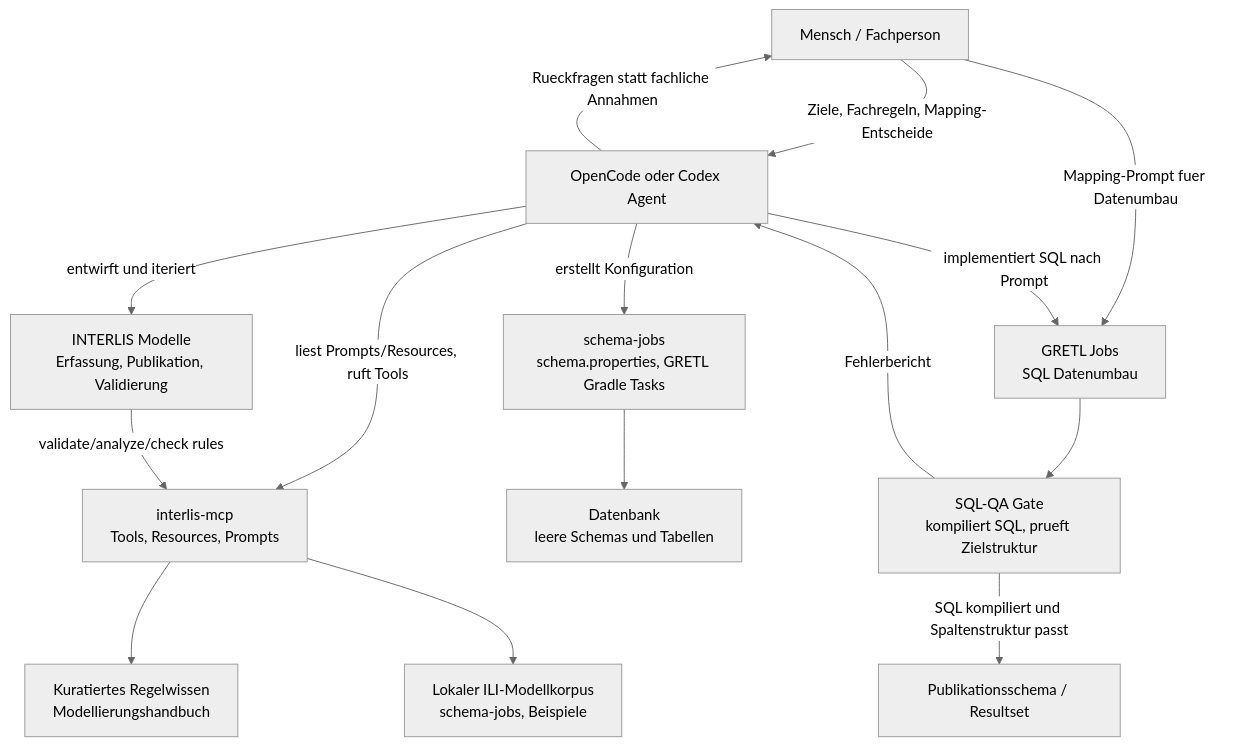
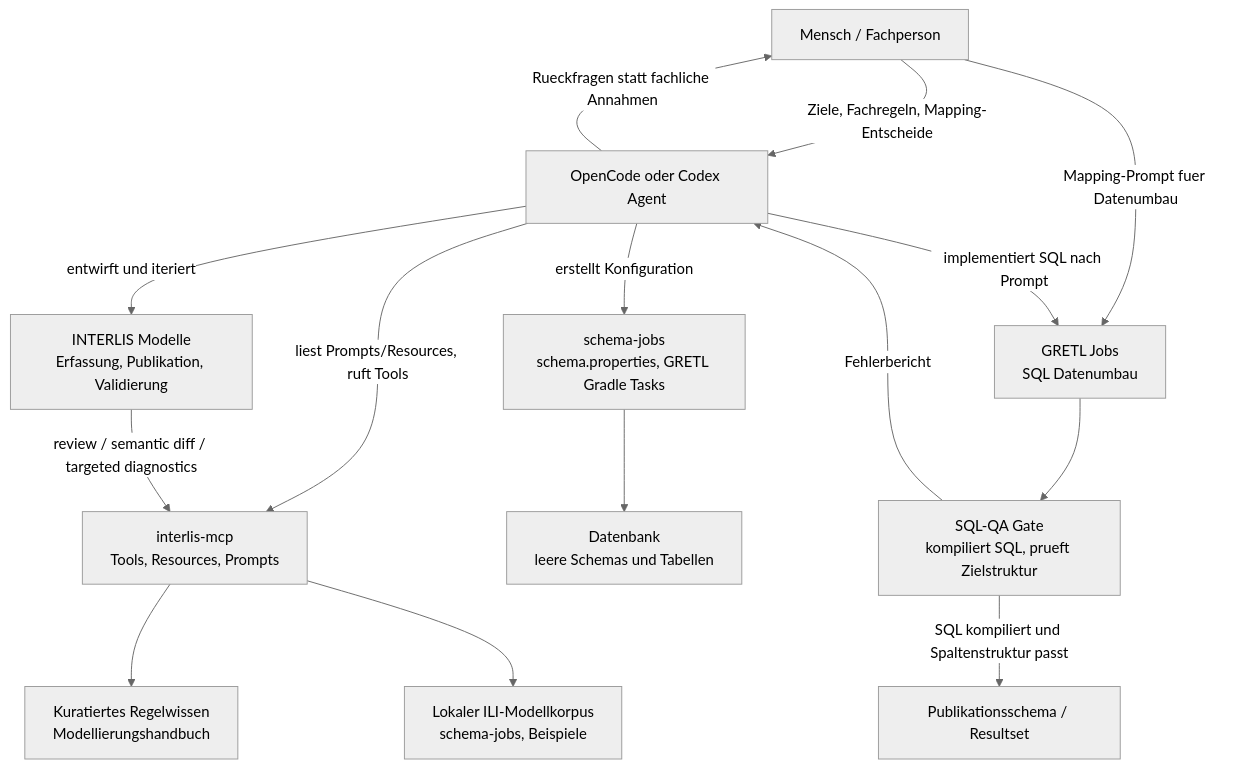
Before and after one commit to edigonzales/interlis-mcp: the diagram in docs/agentic-interlis-roadmap.md, drawn with Mermaid (neutral theme). The commit also changed other lines of this file, not shown here.

Commit message:
align roadmap with high-level reviews

````diff
--- a/docs/agentic-interlis-roadmap.md
+++ b/docs/agentic-interlis-roadmap.md
@@ -39,29 +39,29 @@
 ```mermaid
 flowchart TD
     Human["Mensch / Fachperson"]
     Agent["OpenCode oder Codex Agent"]
     InterlisMcp["interlis-mcp<br/>Tools, Resources, Prompts"]
     Rules["Kuratiertes Regelwissen<br/>Modellierungshandbuch"]
     Corpus["Lokaler ILI-Modellkorpus<br/>schema-jobs, Beispiele"]
     IliModel["INTERLIS Modelle<br/>Erfassung, Publikation, Validierung"]
     SchemaJobs["schema-jobs<br/>schema.properties, GRETL Gradle Tasks"]
     DbSchema["Datenbank<br/>leere Schemas und Tabellen"]
     Gretl["GRETL Jobs<br/>SQL Datenumbau"]
     SqlQa["SQL-QA Gate<br/>kompiliert SQL, prueft Zielstruktur"]
     Published["Publikationsschema / Resultset"]
 
     Human -->|"Ziele, Fachregeln, Mapping-Entscheide"| Agent
     Agent -->|"liest Prompts/Resources, ruft Tools"| InterlisMcp
     InterlisMcp --> Rules
     InterlisMcp --> Corpus
     Agent -->|"entwirft und iteriert"| IliModel
-    IliModel -->|"validate/analyze/check rules"| InterlisMcp
+    IliModel -->|"review / semantic diff / targeted diagnostics"| InterlisMcp
     Agent -->|"erstellt Konfiguration"| SchemaJobs
     SchemaJobs --> DbSchema
     Human -->|"Mapping-Prompt fuer Datenumbau"| Gretl
     Agent -->|"implementiert SQL nach Prompt"| Gretl
     Gretl --> SqlQa
     SqlQa -->|"SQL kompiliert und Spaltenstruktur passt"| Published
     SqlQa -->|"Fehlerbericht"| Agent
     Agent -->|"Rueckfragen statt fachliche Annahmen"| Human
 ```
````
